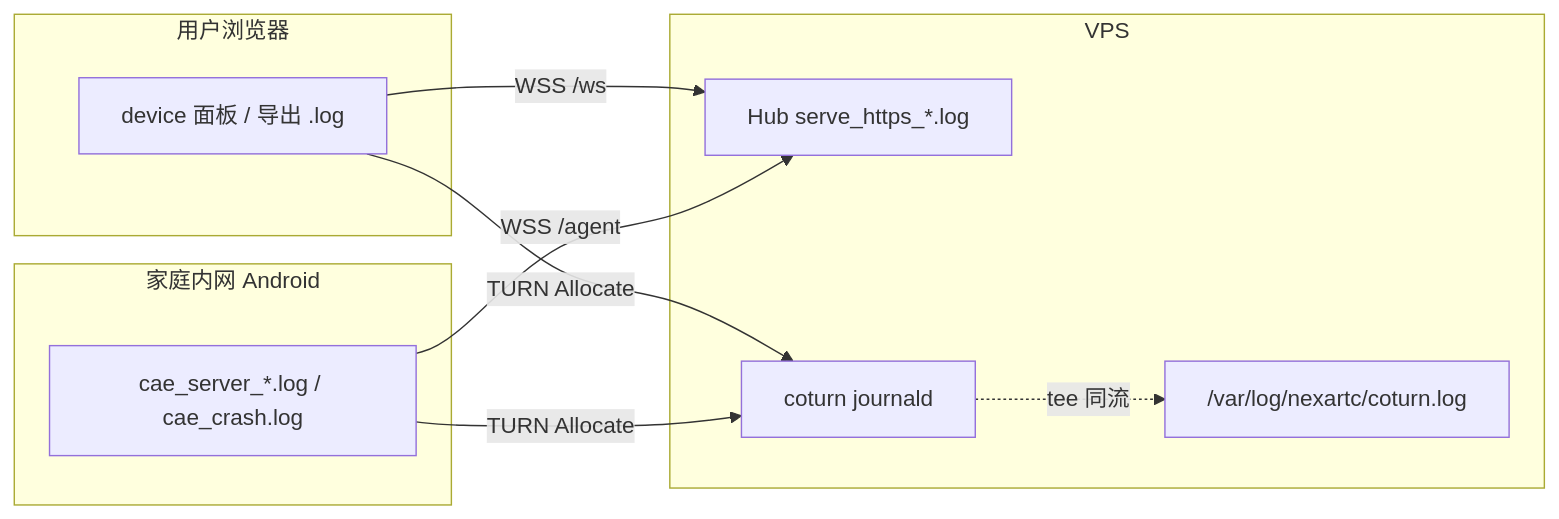
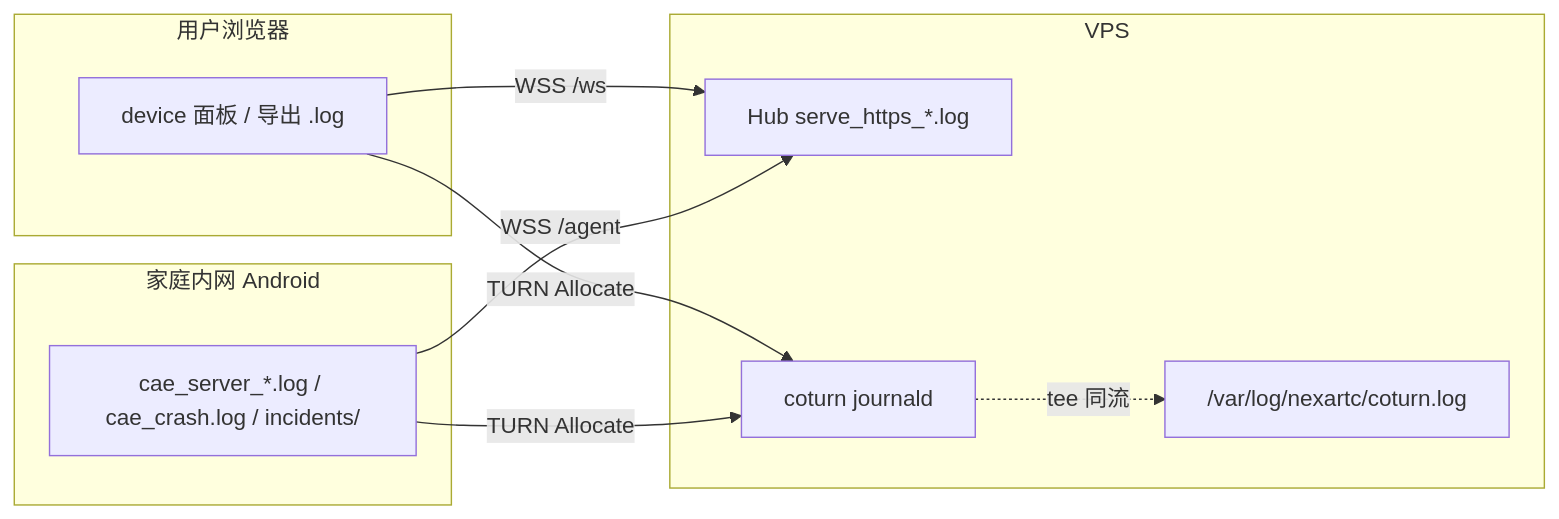
One commit to zyjiang08/coturn-4.13.0 changed the diagram in docs/design/nexartc-logging-design.md. Above: the diagram before and after it, drawn with Mermaid. The commit also changed other lines of this file and 7 other files, not shown here.

````diff
--- a/docs/design/nexartc-logging-design.md
+++ b/docs/design/nexartc-logging-design.md
@@ -24,19 +24,19 @@
 ```mermaid
 flowchart LR
   subgraph vps [VPS]
     Hub["Hub serve_https_*.log"]
     CoturnJ["coturn journald"]
     CoturnF["/var/log/nexartc/coturn.log"]
   end
   subgraph home [家庭内网 Android]
-    CAE["cae_server_*.log / cae_crash.log"]
+    CAE["cae_server_*.log / cae_crash.log / incidents/"]
   end
   subgraph browser [用户浏览器]
     Device["device 面板 / 导出 .log"]
   end
   Device -->|WSS /ws| Hub
   CAE -->|WSS /agent| Hub
   Device -->|TURN Allocate| CoturnJ
   CAE -->|TURN Allocate| CoturnJ
   CoturnJ -.->|tee 同流| CoturnF
 ```
````
